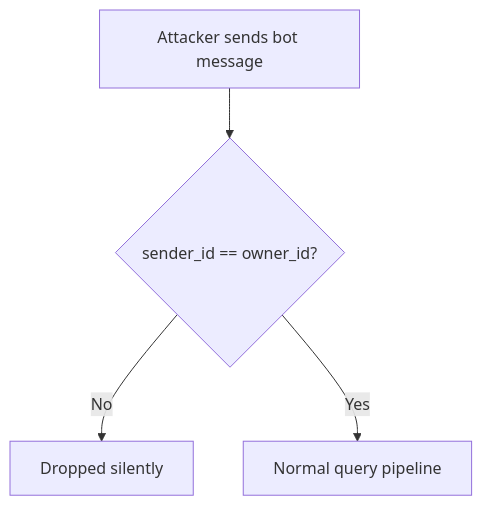
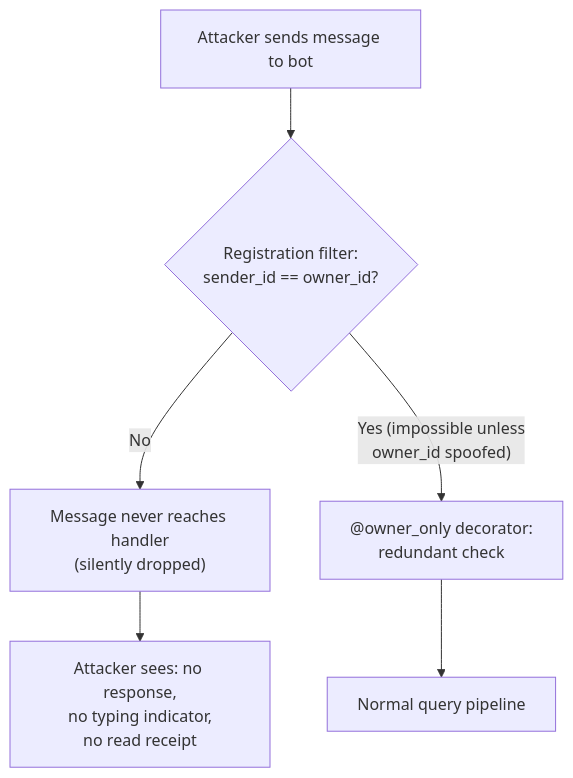
Before and after one commit to obheda12/telelocal: the third of 7 diagrams in tg-assistant/docs/SECURITY_MODEL.md, drawn with Mermaid. The commit also changed other lines of this file, not shown here.

First line of the commit message:
Rewrite security threat model with architectural depth and structural improvements

````diff
--- a/tg-assistant/docs/SECURITY_MODEL.md
+++ b/tg-assistant/docs/SECURITY_MODEL.md
@@ -422,6 +538,8 @@
 ```mermaid
 flowchart TD
-    A["Attacker sends bot message"] --> B{"sender_id == owner_id?"}
-    B -->|No| C["Dropped silently"]
-    B -->|Yes| D["Normal query pipeline"]
+    A["Attacker sends message to bot"] --> B{"Registration filter:<br/>sender_id == owner_id?"}
+    B -->|"No"| C["Message never reaches handler<br/>(silently dropped)"]
+    B -->|"Yes (impossible unless<br/>owner_id spoofed)"| D["@owner_only decorator:<br/>redundant check"]
+    D --> E["Normal query pipeline"]
+    C --> F["Attacker sees: no response,<br/>no typing indicator,<br/>no read receipt"]
 ```
````
